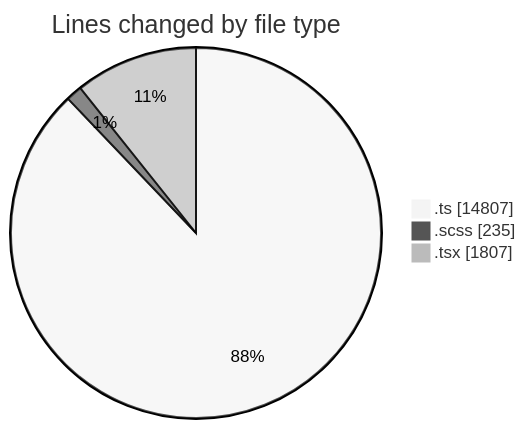
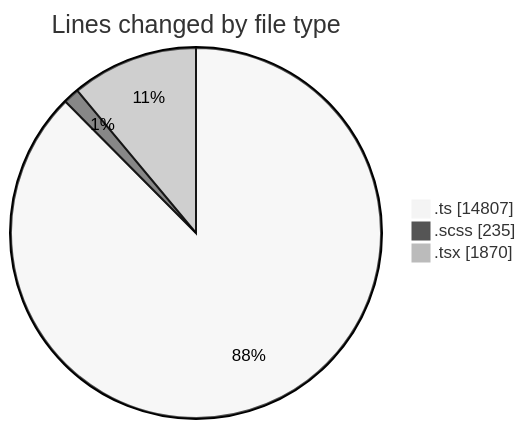
The first of 2 diagrams in 2025-08-27/cda/README.md (momahboobian/code-tracking), drawn with Mermaid (neutral theme) before and after one commit. The commit also changed other lines of this file and 1 other file, not shown here.

````diff
--- a/2025-08-27/cda/README.md
+++ b/2025-08-27/cda/README.md
@@ -30,7 +31,7 @@
 ```mermaid
 pie showData
 title Lines changed by file type
 ".ts" : 14807
 ".scss" : 235
-".tsx" : 1807
+".tsx" : 1870
 ```
````
